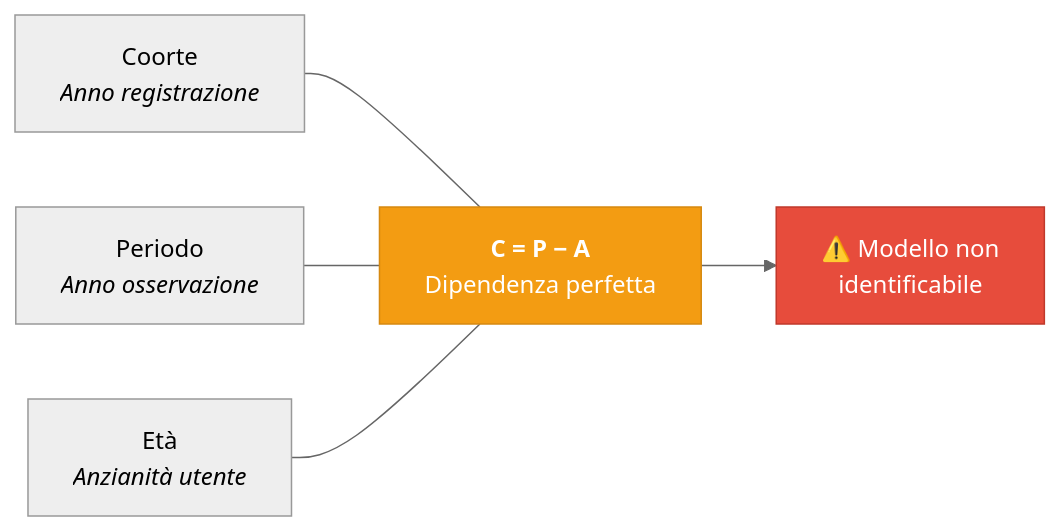
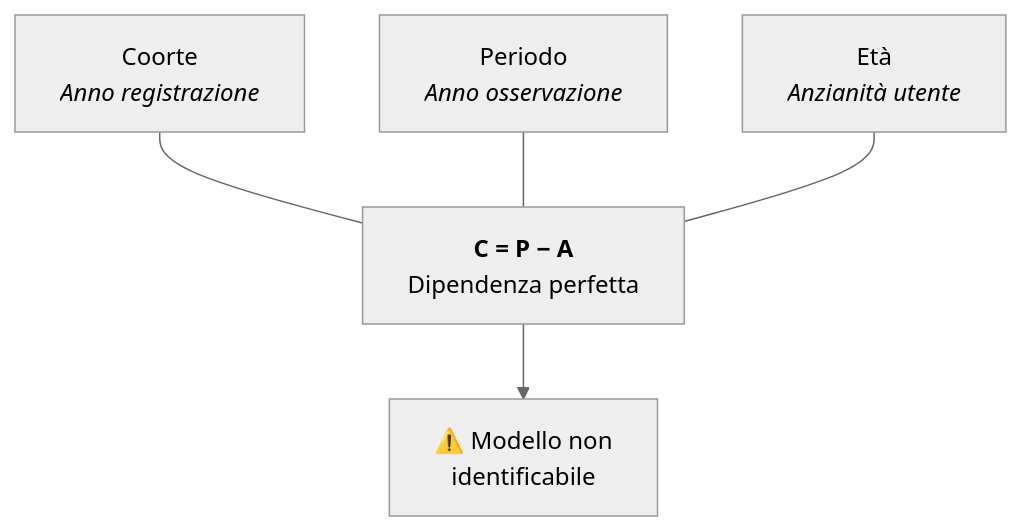
Before and after one commit to AndreyBertasini/gynnitech: the sixth of 12 diagrams in src/content/corso/analisi-prodotto/analisi-coorte.mdx, drawn with Mermaid (neutral theme). The commit also changed other lines of this file and 110 other files, not shown here.

First line of the commit message:
chore(content): optimize mermaid diagrams for mobile and dark theme

````diff
--- a/src/content/corso/analisi-prodotto/analisi-coorte.mdx
+++ b/src/content/corso/analisi-prodotto/analisi-coorte.mdx
@@ -162,9 +145,7 @@
 ```mermaid
-graph LR
+flowchart TD
     C["Coorte<br/><i>Anno registrazione</i>"] --- EQ["<b>C = P − A</b><br/>Dipendenza perfetta"]
     P["Periodo<br/><i>Anno osservazione</i>"] --- EQ
     A["Età<br/><i>Anzianità utente</i>"] --- EQ
     EQ --> PROB["⚠️ Modello non<br/>identificabile"]
-    style PROB fill:#e74c3c,stroke:#c0392b,color:#fff
-    style EQ fill:#f39c12,stroke:#d68910,color:#fff
 ```
````
